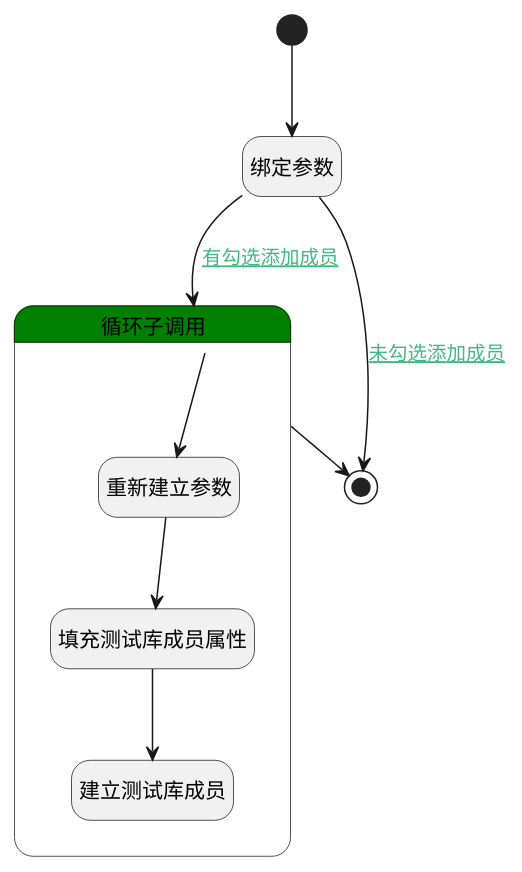
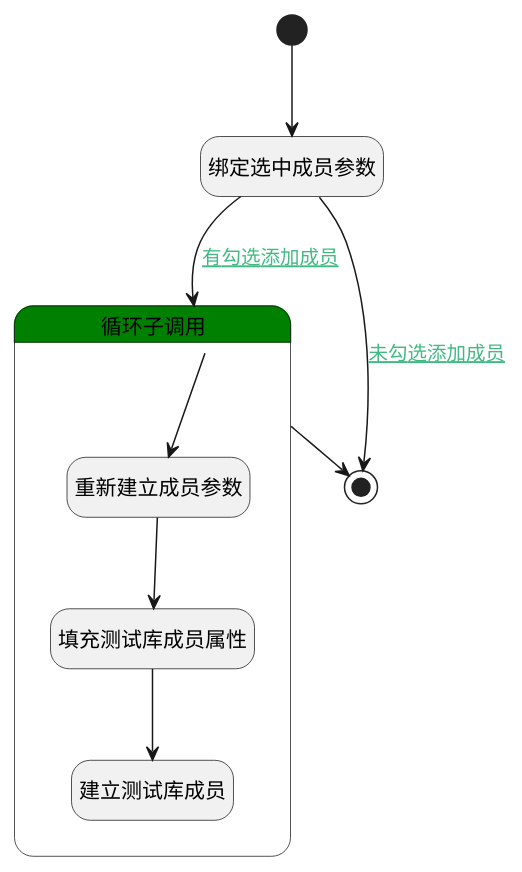
The diagram in doc/docsify/module/TestMgmt/library_member/logic/create_library_member.md (iBizLab/plm), drawn with PlantUML before and after one commit. The commit also changed other lines of this file and 1068 other files, not shown here.

````diff
--- a/doc/docsify/module/TestMgmt/library_member/logic/create_library_member.md
+++ b/doc/docsify/module/TestMgmt/library_member/logic/create_library_member.md
@@ -7,31 +7,31 @@
 ```plantuml
 @startuml
 hide empty description
 <style>
 root {
   HyperlinkColor #42b983
 }
 </style>
 
 hide empty description
 state "开始" as Begin <<start>> [[$./create_library_member#begin {"开始"}]]
-state "绑定参数" as BINDPARAM1  [[$./create_library_member#bindparam1 {"绑定参数"}]]
+state "绑定选中成员参数" as BINDPARAM1  [[$./create_library_member#bindparam1 {"绑定选中成员参数"}]]
 state "结束" as END1 <<end>> [[$./create_library_member#end1 {"结束"}]]
 state "循环子调用" as LOOPSUBCALL1  [[$./create_library_member#loopsubcall1 {"循环子调用"}]] #green {
-state "重新建立参数" as RENEWPARAM1  [[$./create_library_member#renewparam1 {"重新建立参数"}]]
+state "重新建立成员参数" as RENEWPARAM1  [[$./create_library_member#renewparam1 {"重新建立成员参数"}]]
 state "填充测试库成员属性" as PREPAREPARAM1  [[$./create_library_member#prepareparam1 {"填充测试库成员属性"}]]
 state "建立测试库成员" as DEACTION1  [[$./create_library_member#deaction1 {"建立测试库成员"}]]
 }
 
 
 Begin --> BINDPARAM1
 BINDPARAM1 --> LOOPSUBCALL1 : [[$./create_library_member#bindparam1-loopsubcall1{有勾选添加成员} 有勾选添加成员]]
 LOOPSUBCALL1 --> RENEWPARAM1
 RENEWPARAM1 --> PREPAREPARAM1
 PREPAREPARAM1 --> DEACTION1
 LOOPSUBCALL1 --> END1
 BINDPARAM1 --> END1 : [[$./create_library_member#bindparam1-end1{未勾选添加成员} 未勾选添加成员]]
 
 
 @enduml
 ```
````
